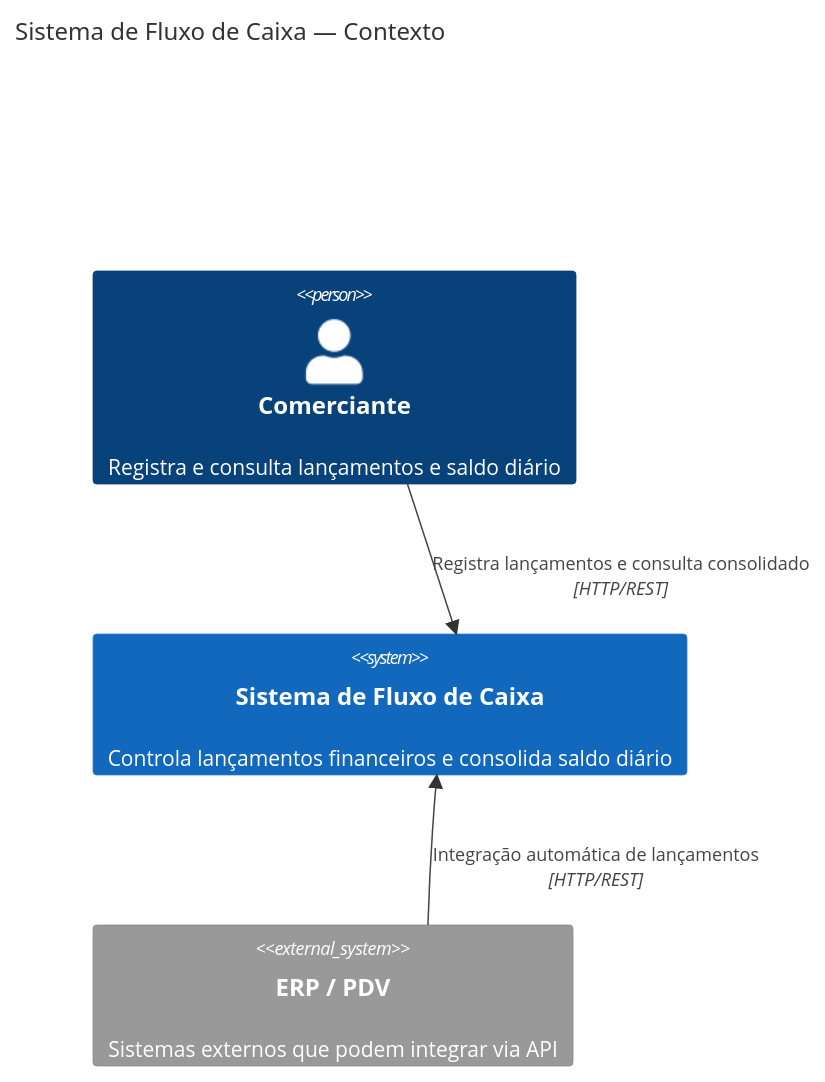
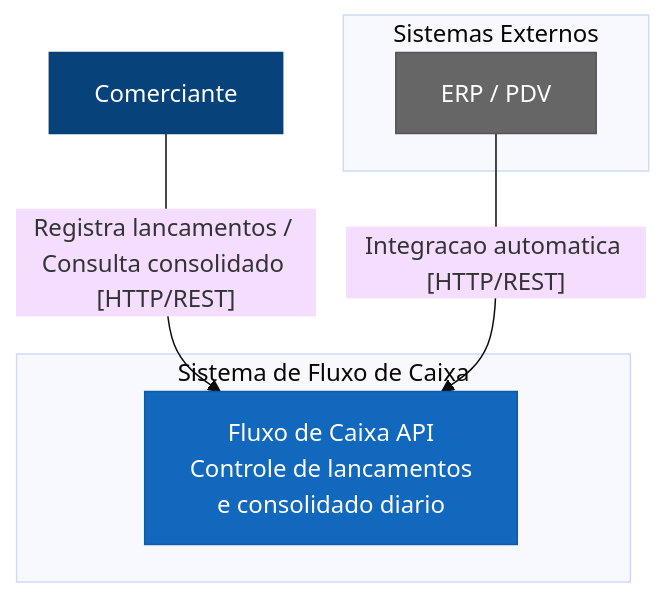
Before and after one commit to viniciusxavier-cit/poc-fluxo-caixa: the first of 7 diagrams in README.md, drawn with Mermaid (base theme). The commit also changed other lines of this file, not shown here.

Commit message:
Alterando diagramas

````diff
--- a/README.md
+++ b/README.md
@@ -58,13 +58,19 @@
 ```mermaid
-C4Context
-    title Sistema de Fluxo de Caixa — Contexto
+flowchart TB
+    subgraph ext ["Sistemas Externos"]
+        ERP["ERP / PDV"]
+    end
 
-    Person(comerciante, "Comerciante", "Registra e consulta lançamentos e saldo diário")
+    subgraph sistema ["Sistema de Fluxo de Caixa"]
+        SYS["Fluxo de Caixa API<br/>Controle de lancamentos<br/>e consolidado diario"]
+    end
 
-    System(fluxoCaixa, "Sistema de Fluxo de Caixa", "Controla lançamentos financeiros e consolida saldo diário")
+    USER["Comerciante"]
 
-    System_Ext(erp, "ERP / PDV", "Sistemas externos que podem integrar via API")
+    USER -- "Registra lancamentos / Consulta consolidado [HTTP/REST]" --> SYS
+    ERP  -- "Integracao automatica [HTTP/REST]" --> SYS
 
-    Rel(comerciante, fluxoCaixa, "Registra lançamentos e consulta consolidado", "HTTP/REST")
-    Rel(erp, fluxoCaixa, "Integração automática de lançamentos", "HTTP/REST")
+    style SYS  fill:#1168bd,color:#fff,stroke:#0e5ba8
+    style USER fill:#08427b,color:#fff,stroke:#083f74
+    style ERP  fill:#666,color:#fff,stroke:#555
 ```
````
